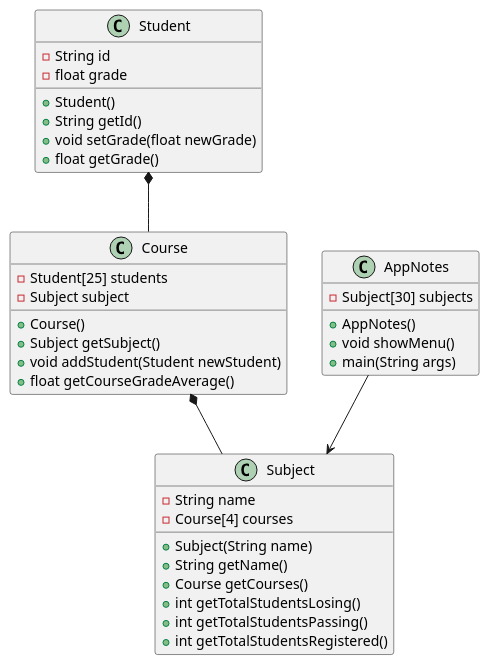
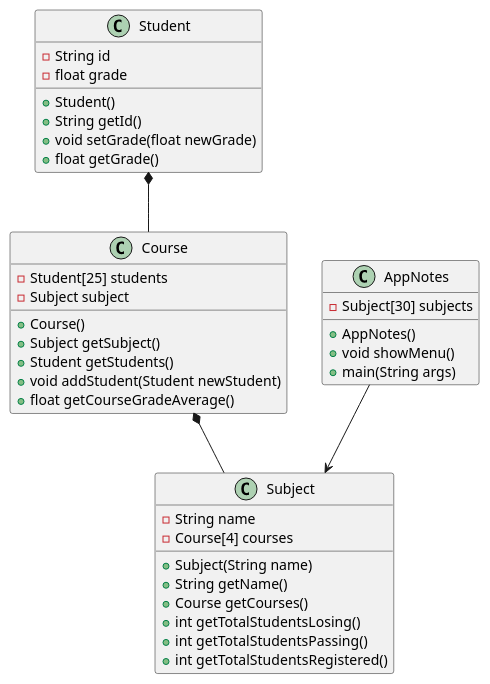
Before and after one commit to coscristian/Student-Notes: the diagram in target/classes/com/cristian/development/doc/class_diagram.puml, drawn with PlantUML. The commit also changed 7 other files, not shown here.

```diff
--- a/target/classes/com/cristian/development/doc/class_diagram.puml
+++ b/target/classes/com/cristian/development/doc/class_diagram.puml
@@ -1,43 +1,44 @@
 @startuml StudentGrades
 
 class Student{
     - String id
     - float grade
     + Student()
     + String getId() 
     + void setGrade(float newGrade)
     + float getGrade()
 }
 
 class Course {
     - Student[25] students
     - Subject subject
     + Course()
     + Subject getSubject()
+    + Student getStudents()
     + void addStudent(Student newStudent)
     + float getCourseGradeAverage()
 }
 
 class Subject {
     - String name
     - Course[4] courses
     + Subject(String name)
     + String getName()
     + Course getCourses()
     + int getTotalStudentsLosing()
     + int getTotalStudentsPassing()
     + int getTotalStudentsRegistered()
 }
 
 class AppNotes {
     - Subject[30] subjects
     + AppNotes()
     + void showMenu()
     + main(String args)
 }
 
 Student *-- Course
 Course *-- Subject
 AppNotes --> Subject
 
 @enduml
```
